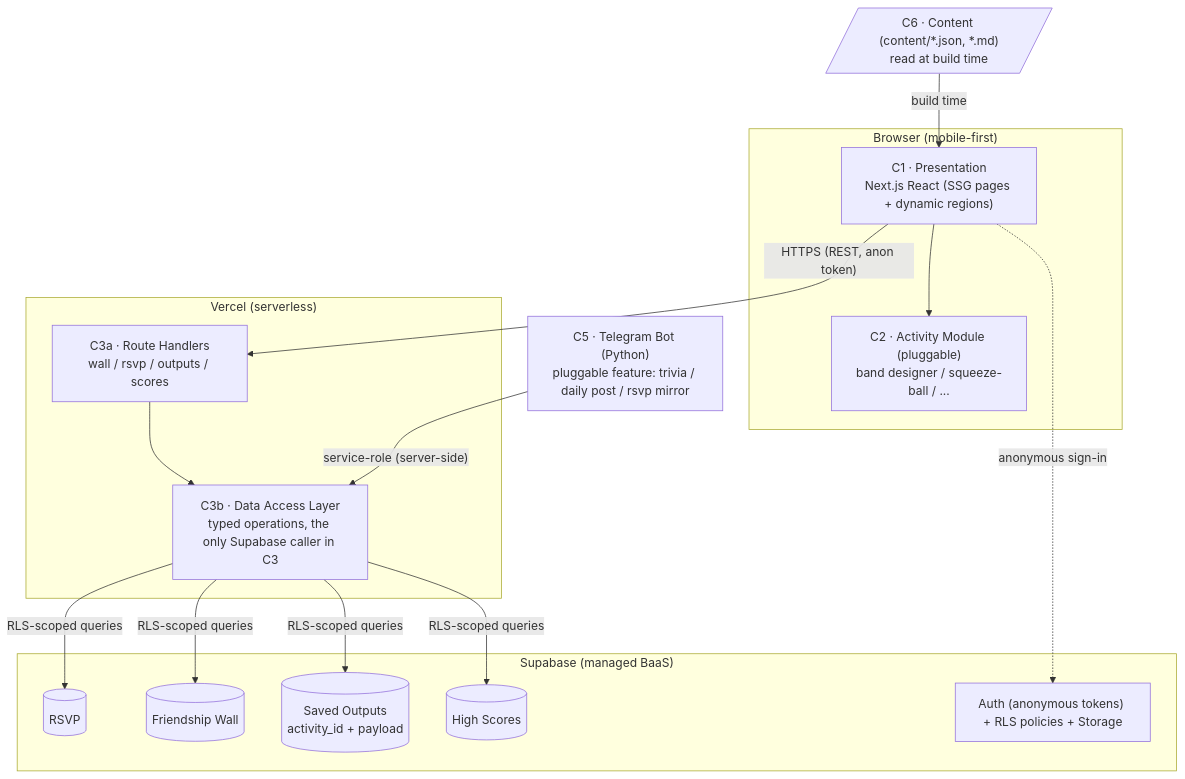
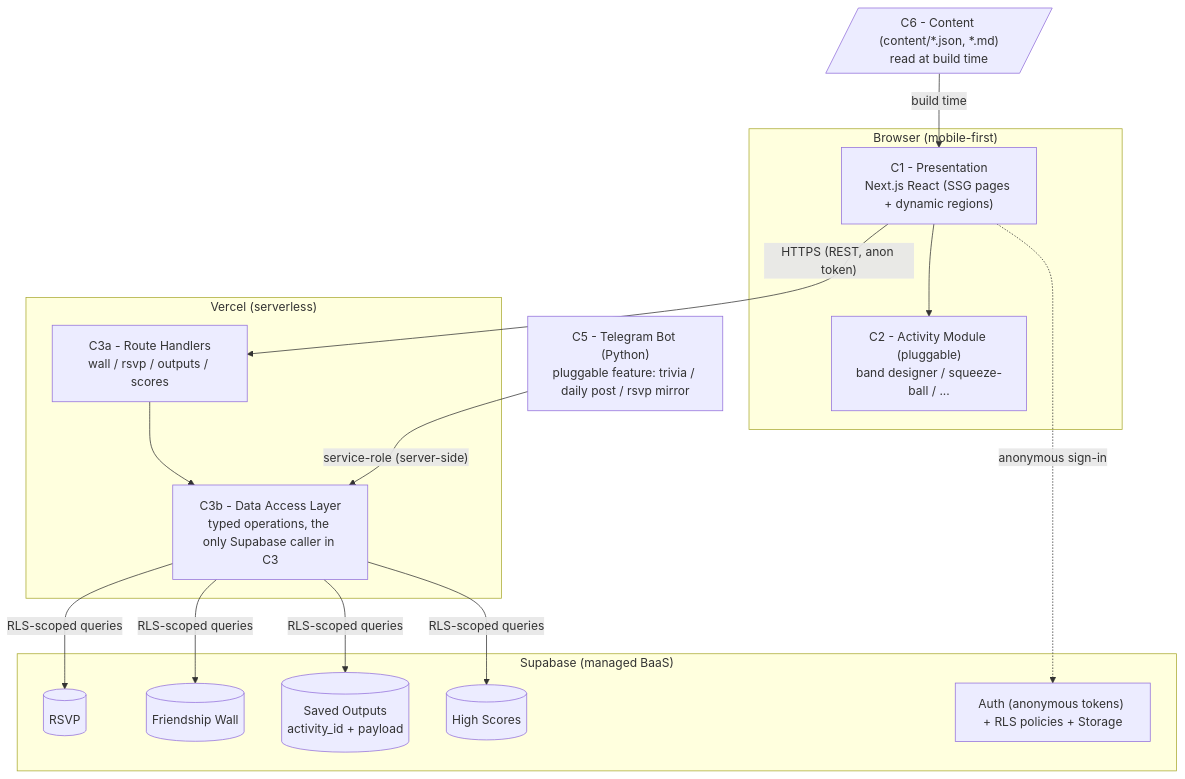
One commit to PyaesoneP/enroot-g5 changed the first of 2 diagrams in docs/03-logical-components.md. Above: the diagram before and after it, drawn with Mermaid. The commit also changed other lines of this file and 5 other files, not shown here.

````diff
--- a/docs/03-logical-components.md
+++ b/docs/03-logical-components.md
@@ -25,32 +25,32 @@
 ```mermaid
 flowchart TB
-    subgraph Client ["Browser (mobile-first)"]
-        C1["C1 · Presentation<br/>Next.js React (SSG pages + dynamic regions)"]
-        C2["C2 · Activity Module (pluggable)<br/>band designer / squeeze-ball / ..."]
-    end
+  subgraph Client ["Browser (mobile-first)"]
+    C1["C1 - Presentation<br/>Next.js React (SSG pages + dynamic regions)"]
+    C2["C2 - Activity Module (pluggable)<br/>band designer / squeeze-ball / ..."]
+  end
 
-    subgraph Vercel ["Vercel (serverless)"]
-        C3A["C3a · Route Handlers<br/>wall / rsvp / outputs / scores"]
-        C3B["C3b · Data Access Layer<br/>typed operations, the only Supabase caller in C3"]
-    end
+  subgraph Vercel ["Vercel (serverless)"]
+    C3A["C3a - Route Handlers<br/>wall / rsvp / outputs / scores"]
+    C3B["C3b - Data Access Layer<br/>typed operations, the only Supabase caller in C3"]
+  end
 
-    subgraph Supabase ["Supabase (managed BaaS)"]
-        C4A[("RSVP")]
-        C4B[("Friendship Wall")]
-        C4C[("Saved Outputs<br/>activity_id + payload")]
-        C4D[("High Scores")]
-        C4E["Auth (anonymous tokens) + RLS policies + Storage"]
-    end
+  subgraph Supabase ["Supabase (managed BaaS)"]
+    C4A[("RSVP")]
+    C4B[("Friendship Wall")]
+    C4C[("Saved Outputs<br/>activity_id + payload")]
+    C4D[("High Scores")]
+    C4E["Auth (anonymous tokens) + RLS policies + Storage"]
+  end
 
-    C5["C5 · Telegram Bot (Python)<br/>pluggable feature: trivia / daily post / rsvp mirror"]
+  C5["C5 - Telegram Bot (Python)<br/>pluggable feature: trivia / daily post / rsvp mirror"]
 
-    C6[/"C6 · Content (content/*.json, *.md)<br/>read at build time"/]
+  C6[/"C6 - Content (content/*.json, *.md)<br/>read at build time"/]
 
-    C1 --> C2
-    C1 -- "HTTPS (REST, anon token)" --> C3A
-    C3A --> C3B
-    C3B -- "RLS-scoped queries" --> C4A & C4B & C4C & C4D
-    C1 -. "anonymous sign-in" .-> C4E
-    C5 -- "service-role (server-side)" --> C3B
-    C6 -- "build time" --> C1
+  C1 --> C2
+  C1 -- "HTTPS (REST, anon token)" --> C3A
+  C3A --> C3B
+  C3B -- "RLS-scoped queries" --> C4A & C4B & C4C & C4D
+  C1 -. "anonymous sign-in" .-> C4E
+  C5 -- "service-role (server-side)" --> C3B
+  C6 -- "build time" --> C1
 ```
````
